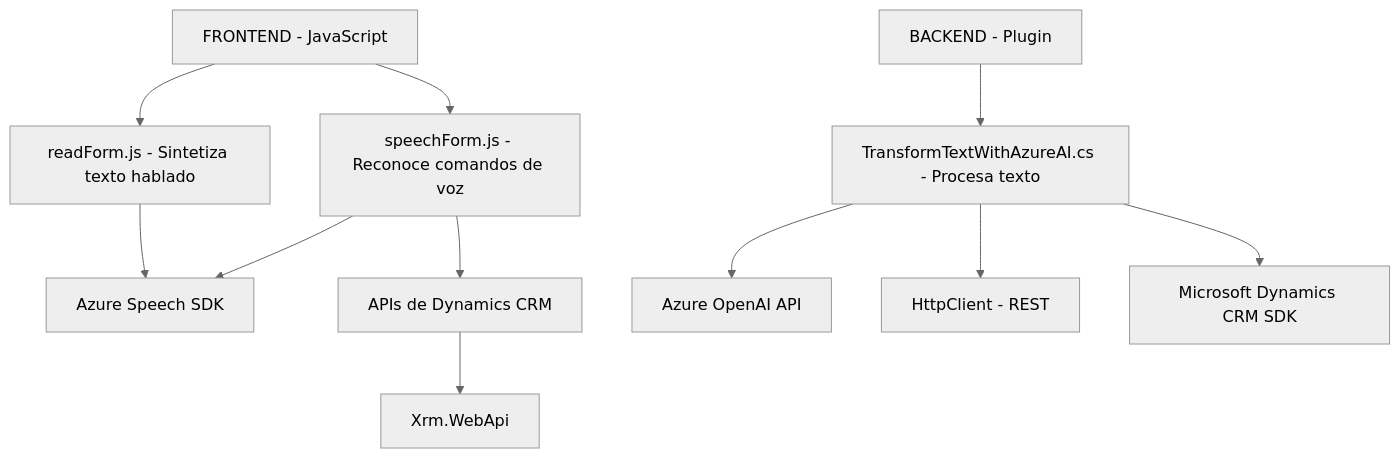
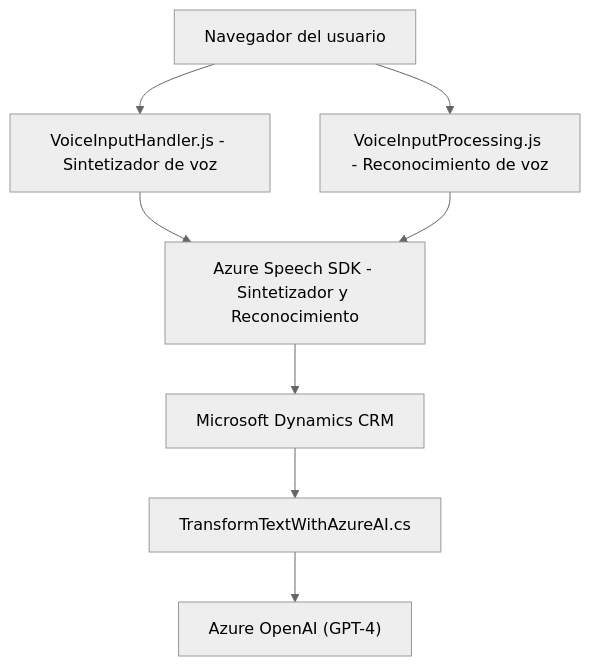
The diagram in README.md (blopezdm/NETCORE_BILBAO2025), drawn with Mermaid (neutral theme) before and after one commit. The commit also changed other lines of this file, not shown here.

````diff
--- a/README.md
+++ b/README.md
@@ -32,18 +36,18 @@
 ```mermaid
 graph TD
-A["FRONTEND - JavaScript"]
-A --> B["readForm.js - Sintetiza texto hablado"]
-A --> C["speechForm.js - Reconoce comandos de voz"]
-B --> D["Azure Speech SDK"]
+    DynamicsCRM["Microsoft Dynamics CRM"]
+    VoiceInputHandler["VoiceInputHandler.js - Sintetizador de voz"]
+    VoiceInputProcessing["VoiceInputProcessing.js - Reconocimiento de voz"]
+    AzureSpeechSDK["Azure Speech SDK - Sintetizador y Reconocimiento"]
+    TransformPlugin["TransformTextWithAzureAI.cs"]
+    AzureOpenAI["Azure OpenAI (GPT-4)"]
+    UserBrowser["Navegador del usuario"]
 
-C --> D["Azure Speech SDK"]
-C --> E["APIs de Dynamics CRM"]
-
-E --> F["Xrm.WebApi"]
-
-G["BACKEND - Plugin"]
-G --> H["TransformTextWithAzureAI.cs - Procesa texto"]
-H --> I["Azure OpenAI API"]
-H --> J["HttpClient - REST"]
-H --> K["Microsoft Dynamics CRM SDK"]
+    DynamicsCRM --> TransformPlugin
+    TransformPlugin --> AzureOpenAI
+    UserBrowser --> VoiceInputHandler
+    UserBrowser --> VoiceInputProcessing
+    VoiceInputHandler --> AzureSpeechSDK
+    VoiceInputProcessing --> AzureSpeechSDK
+    AzureSpeechSDK --> DynamicsCRM
 ```
````
